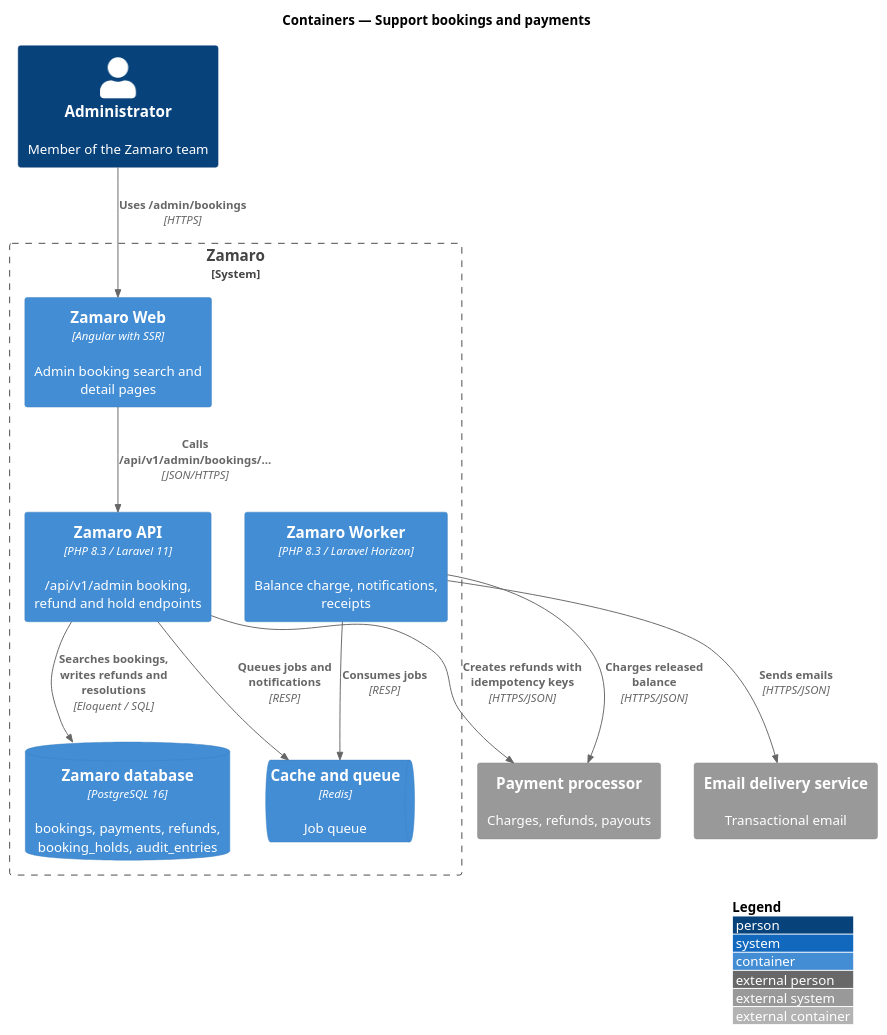
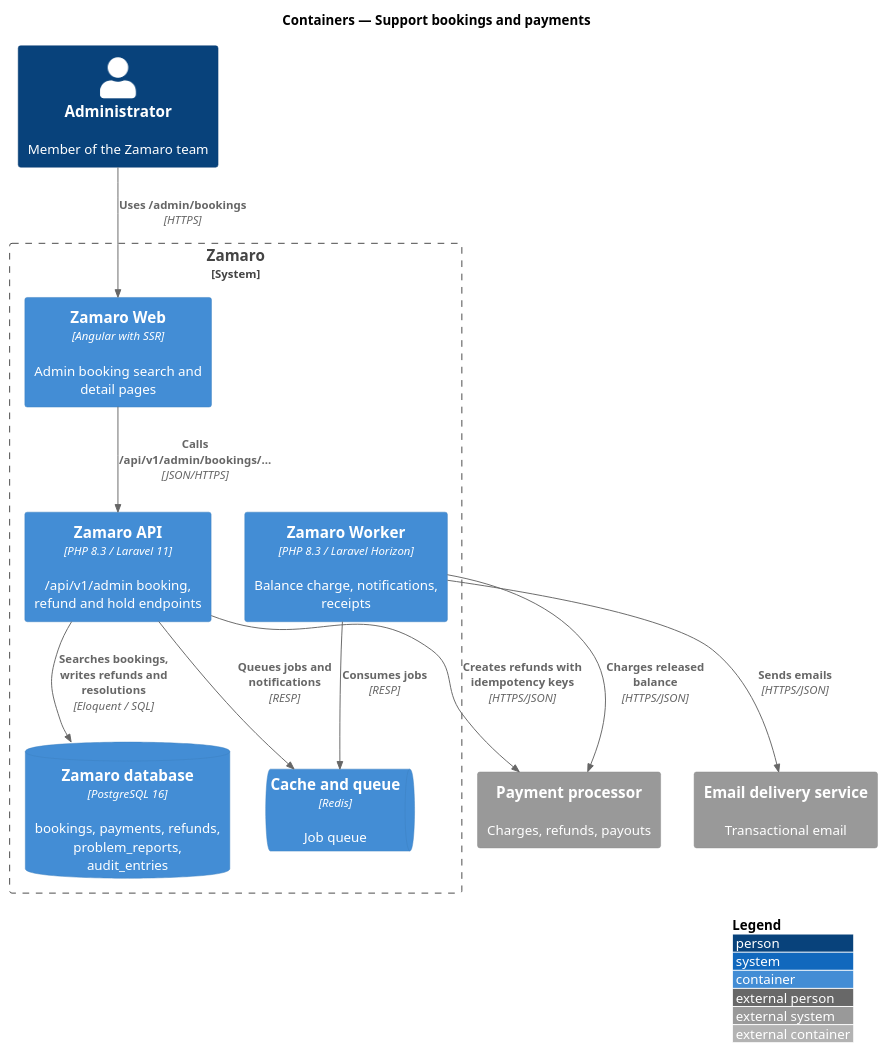
One commit to QuinntyneBrown/zamaro changed the diagram in docs/detailed-designs/administration/support-bookings-and-payments/diagrams/c4-container.puml. Above: the diagram before and after it, drawn with PlantUML. The commit also changed 140 other files, not shown here.

```diff
--- a/docs/detailed-designs/administration/support-bookings-and-payments/diagrams/c4-container.puml
+++ b/docs/detailed-designs/administration/support-bookings-and-payments/diagrams/c4-container.puml
@@ -1,24 +1,24 @@
 @startuml
 !include <C4/C4_Container>
 LAYOUT_WITH_LEGEND()
 title Containers — Support bookings and payments
 
 Person(admin, "Administrator", "Member of the Zamaro team")
 System_Ext(pay, "Payment processor", "Charges, refunds, payouts")
 System_Ext(email, "Email delivery service", "Transactional email")
 System_Boundary(zamaro, "Zamaro") {
   Container(web, "Zamaro Web", "Angular with SSR", "Admin booking search and detail pages")
   Container(api, "Zamaro API", "PHP 8.3 / Laravel 11", "/api/v1/admin booking, refund and hold endpoints")
   Container(worker, "Zamaro Worker", "PHP 8.3 / Laravel Horizon", "Balance charge, notifications, receipts")
-  ContainerDb(db, "Zamaro database", "PostgreSQL 16", "bookings, payments, refunds, booking_holds, audit_entries")
+  ContainerDb(db, "Zamaro database", "PostgreSQL 16", "bookings, payments, refunds, problem_reports, audit_entries")
   ContainerQueue(cache, "Cache and queue", "Redis", "Job queue")
 }
 Rel(admin, web, "Uses /admin/bookings", "HTTPS")
 Rel(web, api, "Calls /api/v1/admin/bookings/...", "JSON/HTTPS")
 Rel(api, db, "Searches bookings, writes refunds and resolutions", "Eloquent / SQL")
 Rel(api, pay, "Creates refunds with idempotency keys", "HTTPS/JSON")
 Rel(api, cache, "Queues jobs and notifications", "RESP")
 Rel(worker, cache, "Consumes jobs", "RESP")
 Rel(worker, pay, "Charges released balance", "HTTPS/JSON")
 Rel(worker, email, "Sends emails", "HTTPS/JSON")
 @enduml
```
